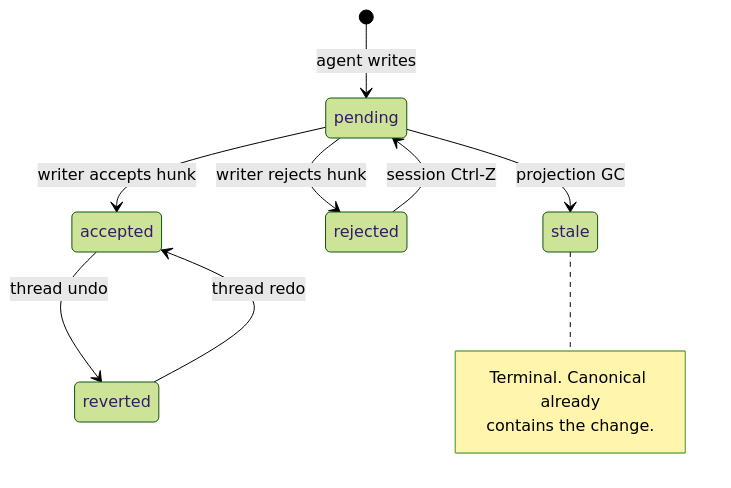
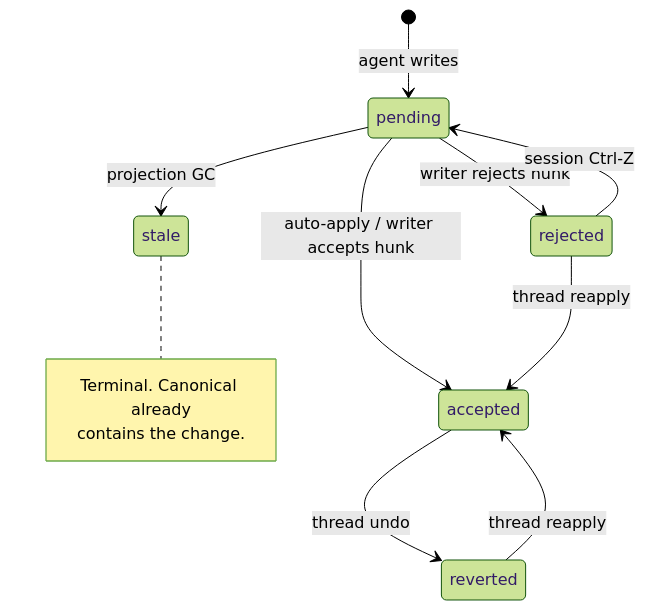
One commit to haowjy/meridian-flow changed the third of 3 diagrams in _docs/plans/collab-review-v2/spec/architecture.md. Above: the diagram before and after it, drawn with Mermaid (forest theme). The commit also changed other lines of this file and 9 other files, not shown here.

First line of the commit message:
collab-v2: unify thread undo/reapply, rename _proposal_status, local-first thread ops

````diff
--- a/_docs/plans/collab-review-v2/spec/architecture.md
+++ b/_docs/plans/collab-review-v2/spec/architecture.md
@@ -120,15 +121,16 @@
 ```mermaid
 stateDiagram-v2
     [*] --> pending : agent writes
 
-    pending --> accepted : writer accepts hunk
+    pending --> accepted : auto-apply / writer accepts hunk
     pending --> rejected : writer rejects hunk
     pending --> stale : projection GC
 
     accepted --> reverted : thread undo
-    reverted --> accepted : thread redo
+    reverted --> accepted : thread reapply
+    rejected --> accepted : thread reapply
 
     rejected --> pending : session Ctrl-Z
 
     note right of stale : Terminal. Canonical already<br/>contains the change.
 ```
````
